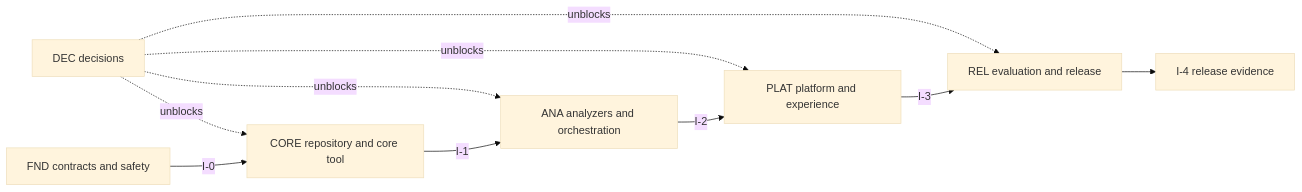
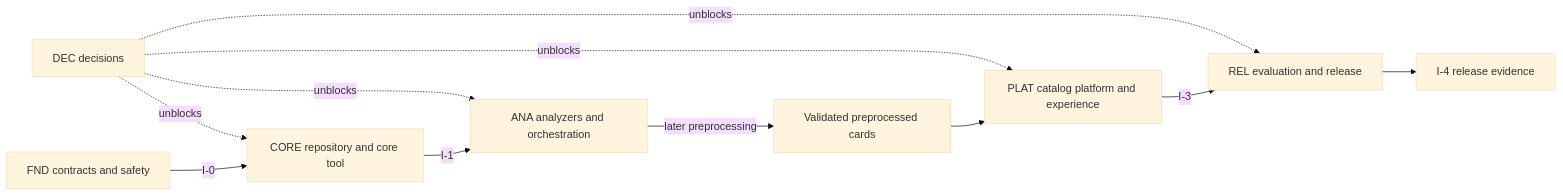
The diagram in docs/exec-plans/proposed/mvp/README.md (CoralLeiCN/Agent-Rumble), drawn with Mermaid (base theme) before and after one commit. The commit also changed other lines of this file and 5 other files, not shown here.

````diff
--- a/docs/exec-plans/proposed/mvp/README.md
+++ b/docs/exec-plans/proposed/mvp/README.md
@@ -49,12 +50,13 @@
 ```mermaid
 flowchart LR
     DEC["DEC decisions"] -.unblocks.-> CORE["CORE repository and core tool"]
     DEC -.unblocks.-> ANA["ANA analyzers and orchestration"]
-    DEC -.unblocks.-> PLAT["PLAT platform and experience"]
+    DEC -.unblocks.-> PLAT["PLAT catalog platform and experience"]
     DEC -.unblocks.-> REL["REL evaluation and release"]
     FND["FND contracts and safety"] -->|I-0| CORE
     CORE -->|I-1| ANA
-    ANA -->|I-2| PLAT
+    CARDS["Validated preprocessed cards"] --> PLAT
+    ANA -->|later preprocessing| CARDS
     PLAT -->|I-3| REL
     REL --> I4["I-4 release evidence"]
 ```
````
